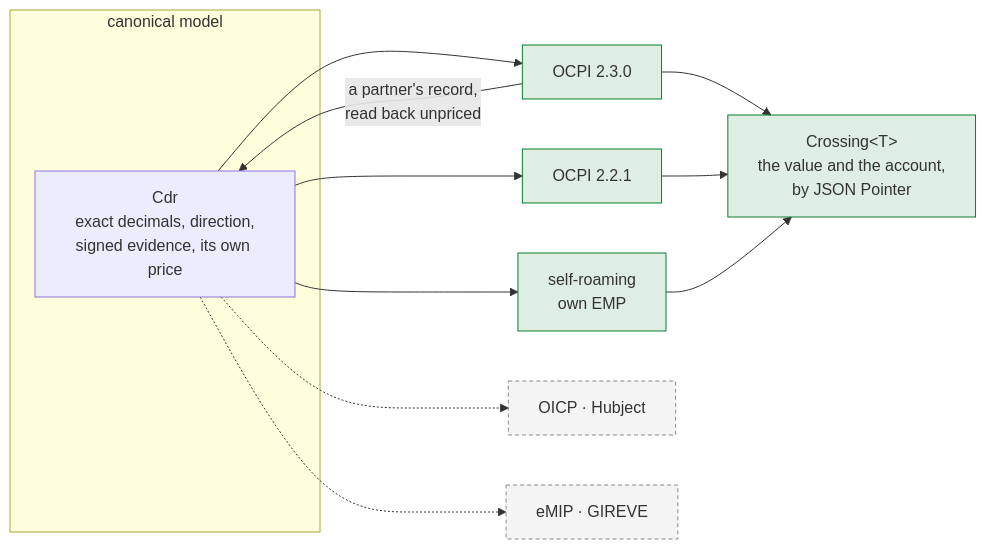
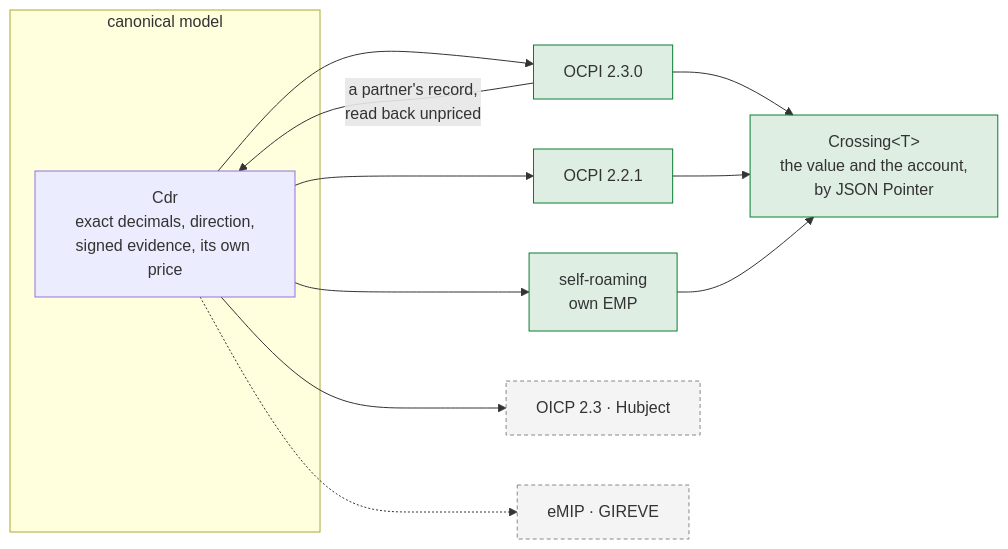
One commit to hupe1980/emob changed the diagram in site/content/docs/roaming.md. Above: the diagram before and after it, drawn with Mermaid. The commit also changed other lines of this file and 84 other files, not shown here.

````diff
--- a/site/content/docs/roaming.md
+++ b/site/content/docs/roaming.md
@@ -28,22 +28,22 @@
 ```mermaid
 flowchart LR
     subgraph canon["canonical model"]
         CDR["Cdr<br/>exact decimals, direction,<br/>signed evidence, its own price"]
     end
 
     CDR --> X23["OCPI 2.3.0"]
     CDR --> X22["OCPI 2.2.1"]
     CDR --> SELF["self-roaming<br/>own EMP"]
-    CDR -.-> OICP["OICP · Hubject"]
+    CDR --> OICP["OICP 2.3 · Hubject"]
     CDR -.-> EMIP["eMIP · GIREVE"]
 
     X23 --> ACC["Crossing&lt;T&gt;<br/>the value and the account,<br/>by JSON Pointer"]
     X22 --> ACC
     SELF --> ACC
     X23 -->|"a partner's record,<br/>read back unpriced"| CDR
 
     classDef built fill:#0a7d3322,stroke:#0a7d33
     classDef planned fill:#88888818,stroke:#888,stroke-dasharray:4 3
     class X23,X22,SELF,ACC built
     class OICP,EMIP planned
 ```
````
